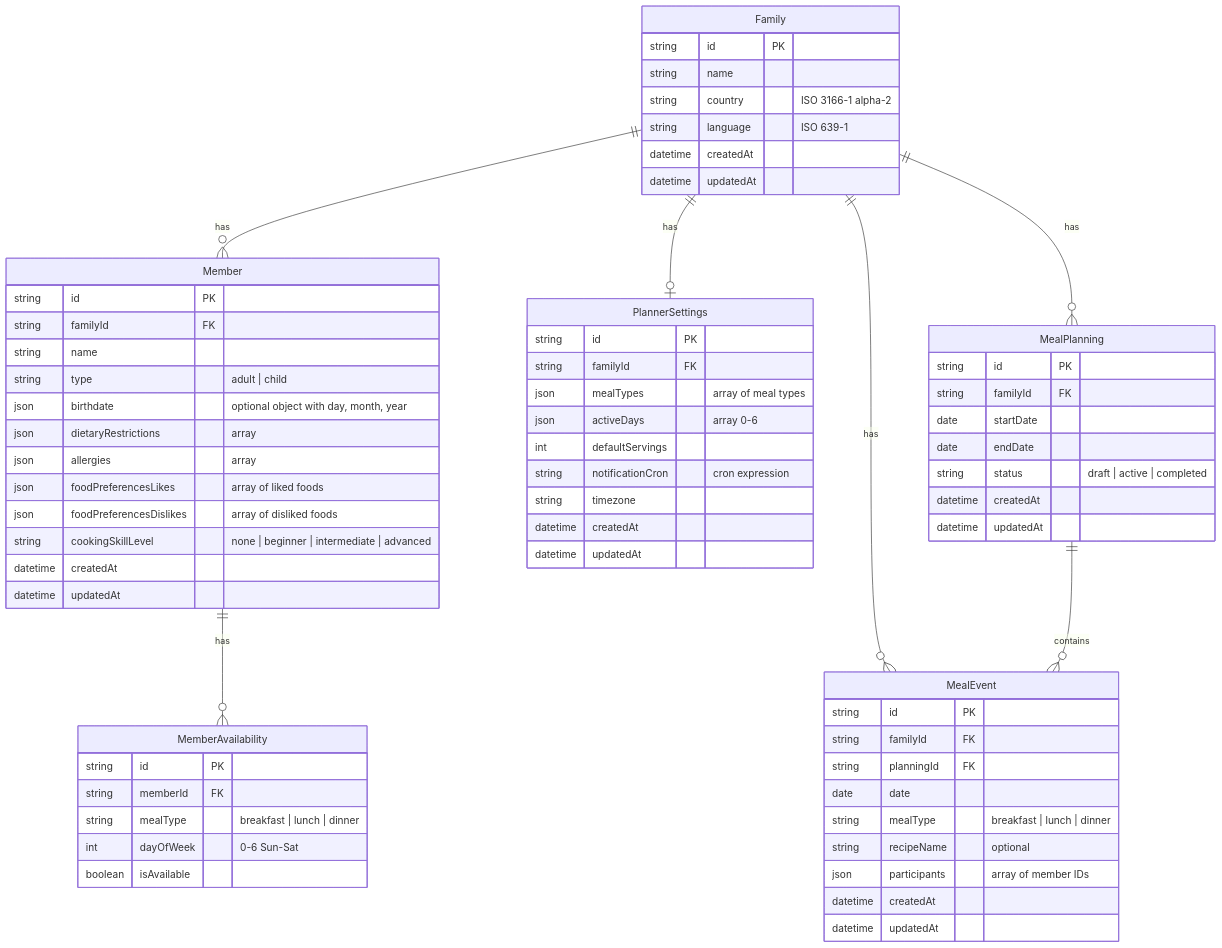
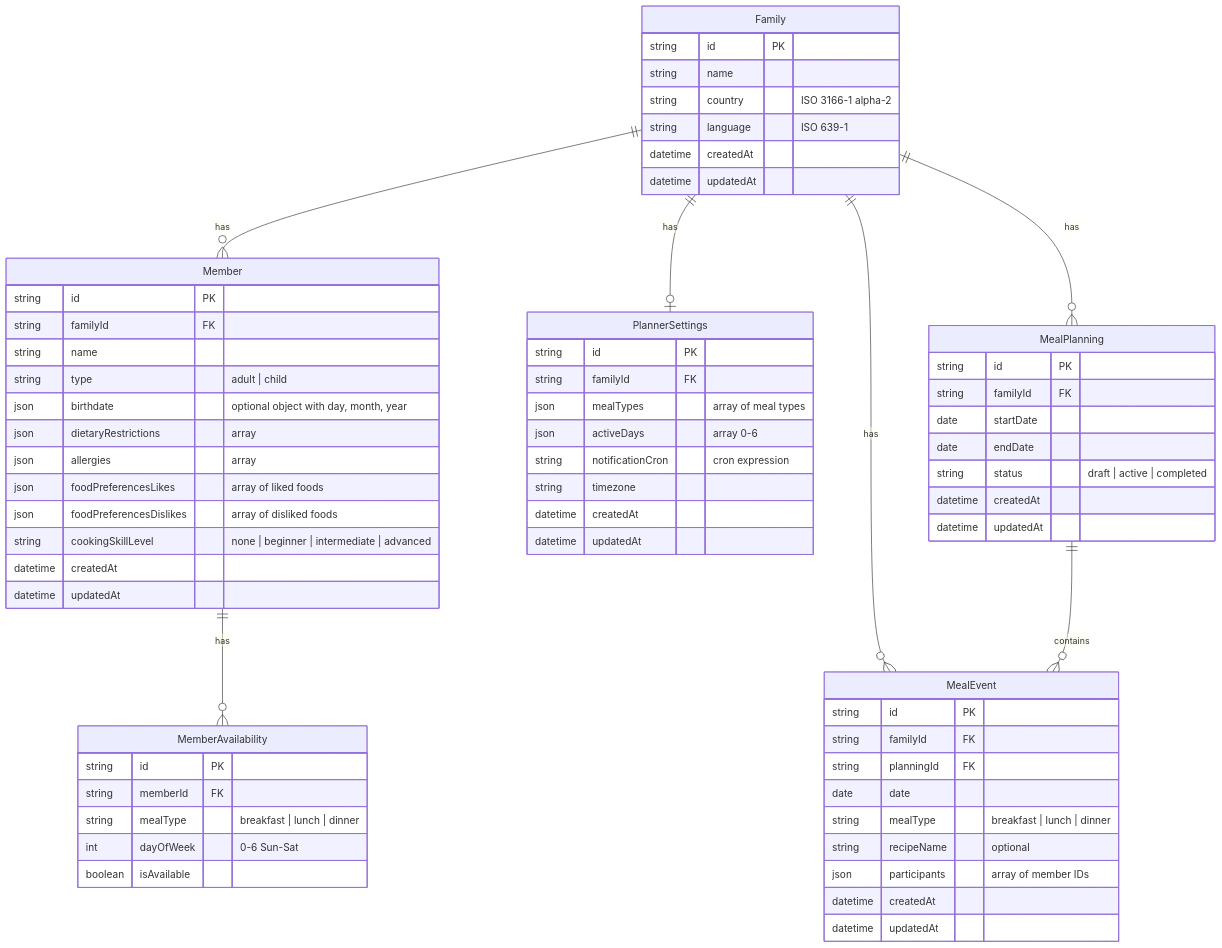
Before and after one commit to Nightbr/auguste: the diagram in specs/database-schema.md, drawn with Mermaid. The commit also changed other lines of this file and 17 other files, not shown here.

````diff
--- a/specs/database-schema.md
+++ b/specs/database-schema.md
@@ -8,75 +8,74 @@
 ```mermaid
 erDiagram
     Family ||--o{ Member : "has"
     Family ||--o| PlannerSettings : "has"
     Member ||--o{ MemberAvailability : "has"
     Family ||--o{ MealPlanning : "has"
     Family ||--o{ MealEvent : "has"
     MealPlanning ||--o{ MealEvent : "contains"
 
     Family {
         string id PK
         string name
         string country "ISO 3166-1 alpha-2"
         string language "ISO 639-1"
         datetime createdAt
         datetime updatedAt
     }
 
     Member {
         string id PK
         string familyId FK
         string name
         string type "adult | child"
         json birthdate "optional object with day, month, year"
         json dietaryRestrictions "array"
         json allergies "array"
         json foodPreferencesLikes "array of liked foods"
         json foodPreferencesDislikes "array of disliked foods"
         string cookingSkillLevel "none | beginner | intermediate | advanced"
         datetime createdAt
         datetime updatedAt
     }
 
     MemberAvailability {
         string id PK
         string memberId FK
         string mealType "breakfast | lunch | dinner"
         int dayOfWeek "0-6 Sun-Sat"
         boolean isAvailable
     }
 
     PlannerSettings {
         string id PK
         string familyId FK
         json mealTypes "array of meal types"
         json activeDays "array 0-6"
-        int defaultServings
         string notificationCron "cron expression"
         string timezone
         datetime createdAt
         datetime updatedAt
     }
 
     MealPlanning {
         string id PK
         string familyId FK
         date startDate
         date endDate
         string status "draft | active | completed"
         datetime createdAt
         datetime updatedAt
     }
 
     MealEvent {
         string id PK
         string familyId FK
         string planningId FK
         date date
         string mealType "breakfast | lunch | dinner"
         string recipeName "optional"
         json participants "array of member IDs"
         datetime createdAt
         datetime updatedAt
     }
 ```
````
